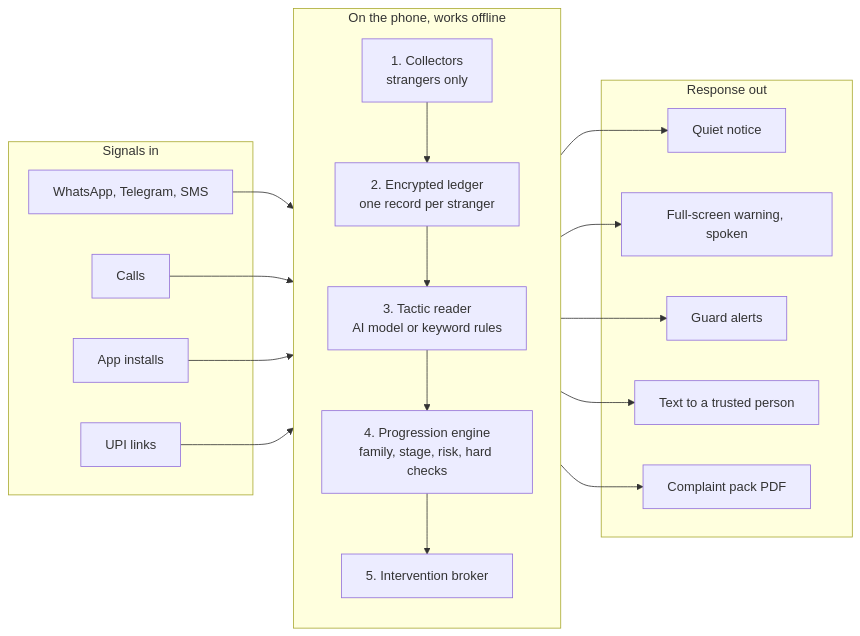
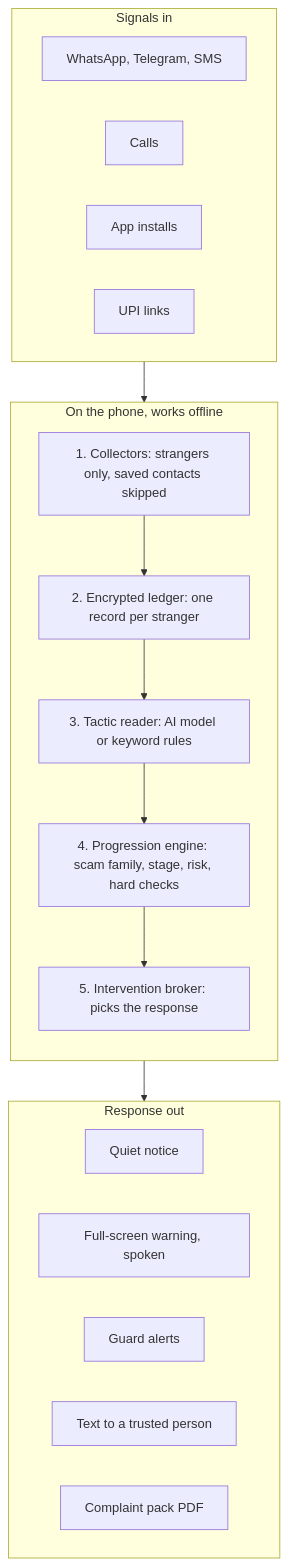
Before and after one commit to Pgoutham47/TripWire: the diagram in README.md, drawn with Mermaid.

Commit message:
Lay the architecture diagram out top to bottom

````diff
--- a/README.md
+++ b/README.md
@@ -38,35 +38,31 @@
 ```mermaid
-flowchart LR
+flowchart TB
     subgraph SIG["Signals in"]
+        direction LR
         A1["WhatsApp, Telegram, SMS"]
         A2["Calls"]
         A3["App installs"]
         A4["UPI links"]
     end
 
     subgraph PHONE["On the phone, works offline"]
         direction TB
-        B1["1. Collectors<br/>strangers only"] --> B2["2. Encrypted ledger<br/>one record per stranger"]
-        B2 --> B3["3. Tactic reader<br/>AI model or keyword rules"]
-        B3 --> B4["4. Progression engine<br/>family, stage, risk, hard checks"]
-        B4 --> B5["5. Intervention broker"]
+        B1["1. Collectors: strangers only, saved contacts skipped"]
+        B2["2. Encrypted ledger: one record per stranger"]
+        B3["3. Tactic reader: AI model or keyword rules"]
+        B4["4. Progression engine: scam family, stage, risk, hard checks"]
+        B5["5. Intervention broker: picks the response"]
+        B1 --> B2 --> B3 --> B4 --> B5
     end
 
     subgraph RESP["Response out"]
+        direction LR
         C1["Quiet notice"]
         C2["Full-screen warning, spoken"]
         C3["Guard alerts"]
         C4["Text to a trusted person"]
         C5["Complaint pack PDF"]
     end
 
-    A1 --> B1
-    A2 --> B1
-    A3 --> B1
-    A4 --> B1
-    B5 --> C1
-    B5 --> C2
-    B5 --> C3
-    B5 --> C4
-    B5 --> C5
+    SIG --> PHONE --> RESP
 ```
````
